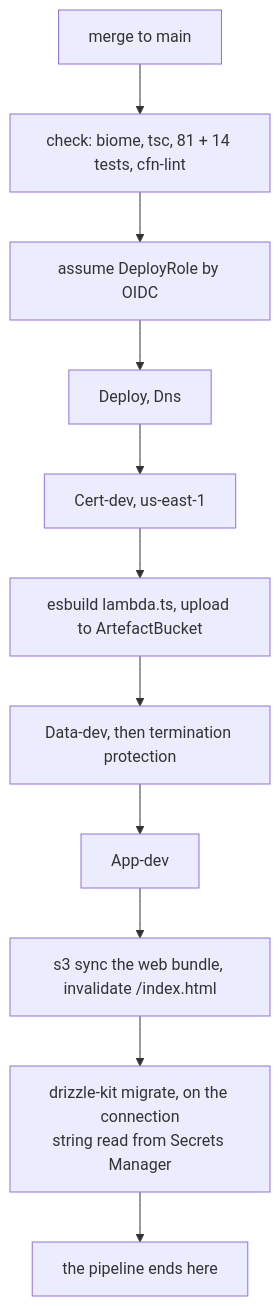
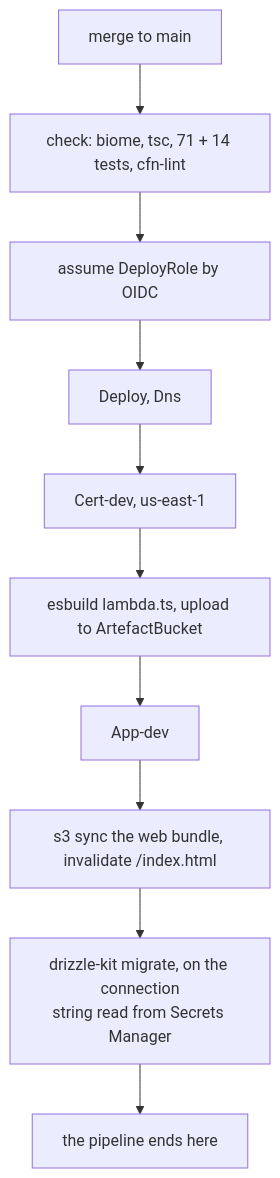
Before and after one commit to Ovich/job-application-ai: the fifth of 5 diagrams in infra/architecture.md, drawn with Mermaid. The commit also changed other lines of this file and 8 other files, not shown here.

````diff
--- a/infra/architecture.md
+++ b/infra/architecture.md
@@ -367,13 +337,12 @@
 ```mermaid
 flowchart TB
-  merge["merge to main"] --> check["check: biome, tsc, 81 + 14 tests, cfn-lint"]
+  merge["merge to main"] --> check["check: biome, tsc, 71 + 14 tests, cfn-lint"]
   check --> oidc["assume DeployRole by OIDC"]
   oidc --> shared["Deploy, Dns"]
   shared --> cert["Cert-dev, us-east-1"]
   cert --> bundle["esbuild lambda.ts, upload to ArtefactBucket"]
-  bundle --> data["Data-dev, then termination protection"]
-  data --> app["App-dev"]
+  bundle --> app["App-dev"]
   app --> sync["s3 sync the web bundle, invalidate /index.html"]
   sync --> migrate["drizzle-kit migrate, on the connection<br/>string read from Secrets Manager"]
   migrate --> done["the pipeline ends here"]
 ```
````
